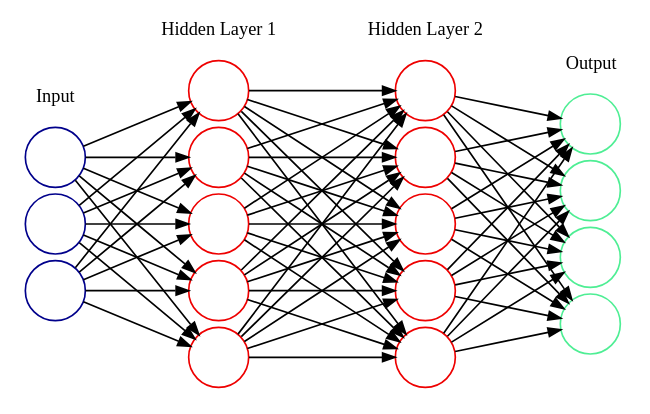
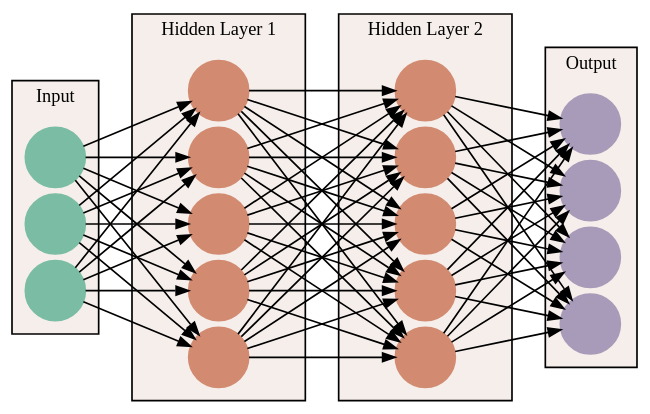
The diagram in static/images/writing/tensorflow-artistic-style/neural-network.dot (hnarayanan/harishnarayanan.org), drawn with Graphviz before and after one commit. The commit also changed 1 other file, not shown here.

```diff
--- a/static/images/writing/tensorflow-artistic-style/neural-network.dot
+++ b/static/images/writing/tensorflow-artistic-style/neural-network.dot
@@ -1,116 +1,116 @@
 digraph G {
 
     bgcolor = "transparent";
     rankdir = "LR";
     compound=true;
 
     graph [fontsize=11];
     node [fontsize=11];
     edge [fontname=11, arrowsize = 0.75];
 
     rankdir=LR
-	splines=line
+        splines=line
         nodesep=.05;
 
     node [label=""];
 
     subgraph cluster_0 {
-	color=white;
-	node [style=solid,color=blue4, shape=circle];
-	x1 x2 x3;
-	label = "Input";
+        bgcolor = "#f5eeeb";
+        node [style=filled,color="#7bbda4", shape=circle];
+        x1 x2 x3;
+        label = "Input";
     }
 
     subgraph cluster_1 {
-	color=white;
-	node [style=solid,color=red2, shape=circle];
-	a12 a22 a32 a42 a52;
-	label = "Hidden Layer 1";
+        bgcolor = "#f5eeeb";
+        node [style=filled,color="#d28b71", shape=circle];
+        a12 a22 a32 a42 a52;
+        label = "Hidden Layer 1";
     }
 
     subgraph cluster_2 {
-	color=white;
-	node [style=solid,color=red2, shape=circle];
-	a13 a23 a33 a43 a53;
-	label = "Hidden Layer 2";
+        bgcolor = "#f5eeeb";
+        node [style=filled,color="#d28b71", shape=circle];
+        a13 a23 a33 a43 a53;
+        label = "Hidden Layer 2";
     }
 
     subgraph cluster_3 {
-	color=white;
-	node [style=solid,color=seagreen2, shape=circle];
-	O1 O2 O3 O4;
-	label="Output";
+        bgcolor = "#f5eeeb";
+        node [style=filled,color="#a89bb9", shape=circle];
+        O1 O2 O3 O4;
+        label="Output";
     }
 
     x1 -> a12;
     x1 -> a22;
     x1 -> a32;
     x1 -> a42;
     x1 -> a52;
 
     x2 -> a12;
     x2 -> a22;
     x2 -> a32;
     x2 -> a42;
     x2 -> a52;
 
     x3 -> a12;
     x3 -> a22;
     x3 -> a32;
     x3 -> a42;
     x3 -> a52;
 
     a12 -> a13;
     a22 -> a13;
     a32 -> a13;
     a42 -> a13;
     a52 -> a13;
 
     a12 -> a23;
     a22 -> a23;
     a32 -> a23;
     a42 -> a23;
     a52 -> a23;
 
     a12 -> a33;
     a22 -> a33;
     a32 -> a33;
     a42 -> a33;
     a52 -> a33;
 
     a12 -> a43;
     a22 -> a43;
     a32 -> a43;
     a42 -> a43;
     a52 -> a43;
 
     a12 -> a53;
     a22 -> a53;
     a32 -> a53;
     a42 -> a53;
     a52 -> a53;
 
     a13 -> O1;
     a23 -> O1;
     a33 -> O1;
     a43 -> O1;
     a53 -> O1;
 
     a13 -> O2;
     a23 -> O2;
     a33 -> O2;
     a43 -> O2;
     a53 -> O2;
 
     a13 -> O3;
     a23 -> O3;
     a33 -> O3;
     a43 -> O3;
     a53 -> O3;
 
     a13 -> O4;
     a23 -> O4;
     a33 -> O4;
     a43 -> O4;
     a53 -> O4;
 }
```
